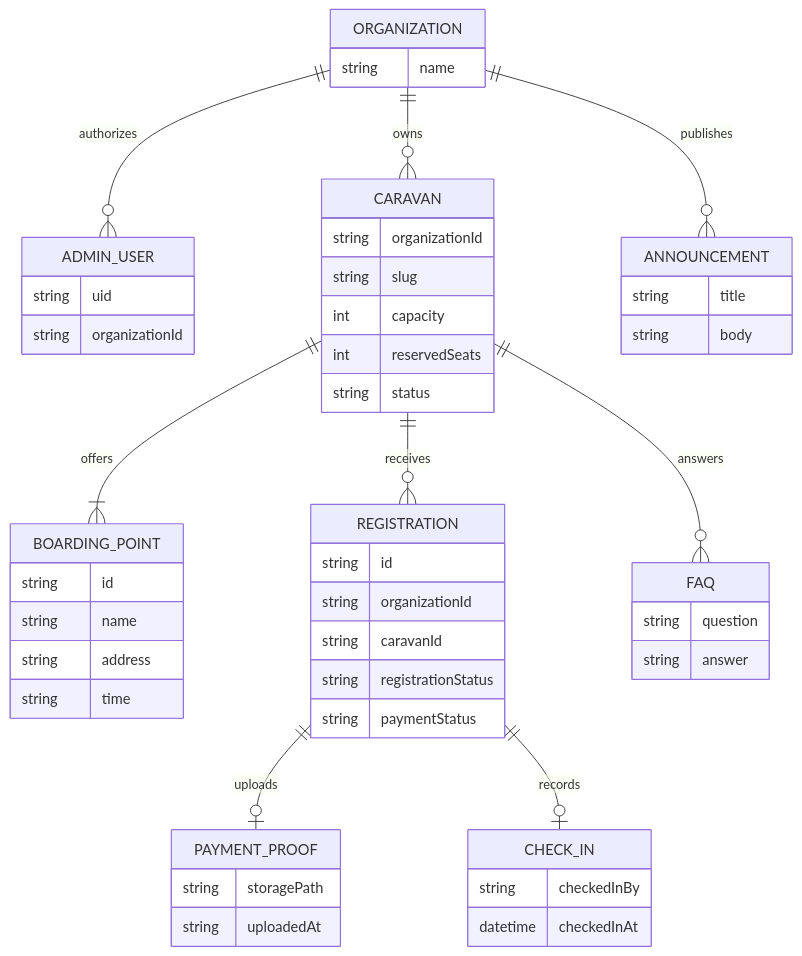
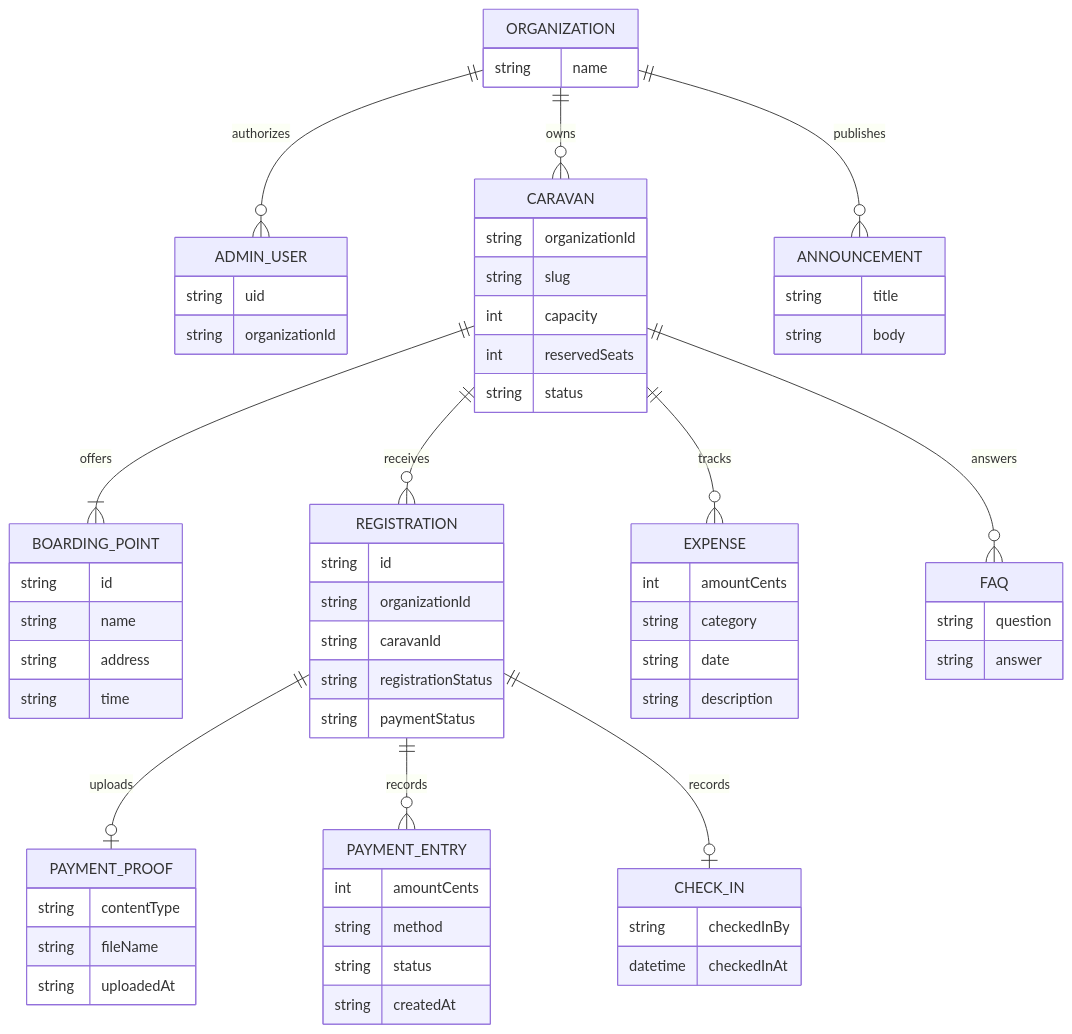
Before and after one commit to CristianoRFB/Caravana: the diagram in docs/data-model.md, drawn with Mermaid. The commit also changed other lines of this file and 44 other files, not shown here.

````diff
--- a/docs/data-model.md
+++ b/docs/data-model.md
@@ -3,20 +3,24 @@
 ```mermaid
 erDiagram
   ORGANIZATION ||--o{ ADMIN_USER : authorizes
   ORGANIZATION ||--o{ CARAVAN : owns
   CARAVAN ||--|{ BOARDING_POINT : offers
   CARAVAN ||--o{ REGISTRATION : receives
+  CARAVAN ||--o{ EXPENSE : tracks
   REGISTRATION ||--o| PAYMENT_PROOF : uploads
+  REGISTRATION ||--o{ PAYMENT_ENTRY : records
   REGISTRATION ||--o| CHECK_IN : records
   ORGANIZATION ||--o{ ANNOUNCEMENT : publishes
   CARAVAN ||--o{ FAQ : answers
   ORGANIZATION { string name }
   ADMIN_USER { string uid string organizationId }
   CARAVAN { string organizationId string slug int capacity int reservedSeats string status }
   BOARDING_POINT { string id string name string address string time }
   REGISTRATION { string id string organizationId string caravanId string registrationStatus string paymentStatus }
-  PAYMENT_PROOF { string storagePath string uploadedAt }
+  PAYMENT_PROOF { string contentType string fileName string uploadedAt }
+  PAYMENT_ENTRY { int amountCents string method string status string createdAt }
+  EXPENSE { int amountCents string category string date string description }
   CHECK_IN { string checkedInBy datetime checkedInAt }
   ANNOUNCEMENT { string title string body }
   FAQ { string question string answer }
 ```
````
